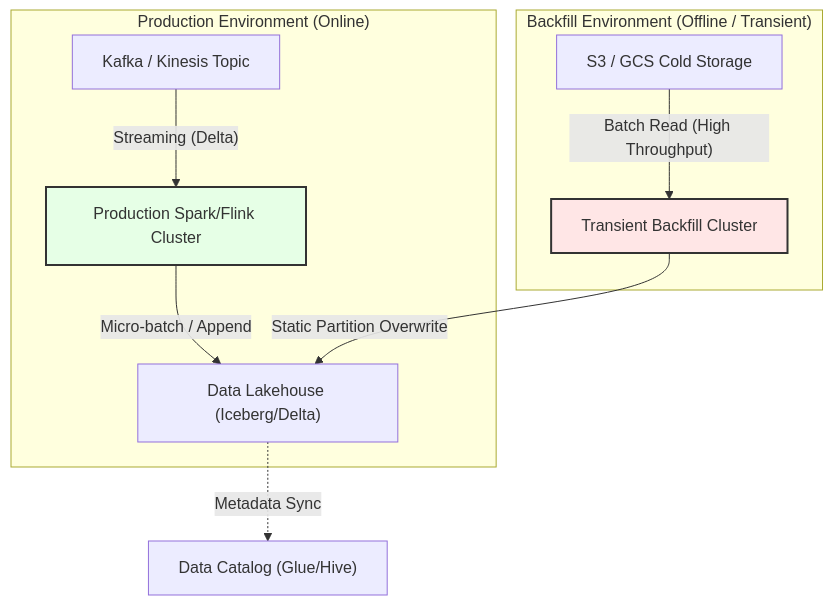
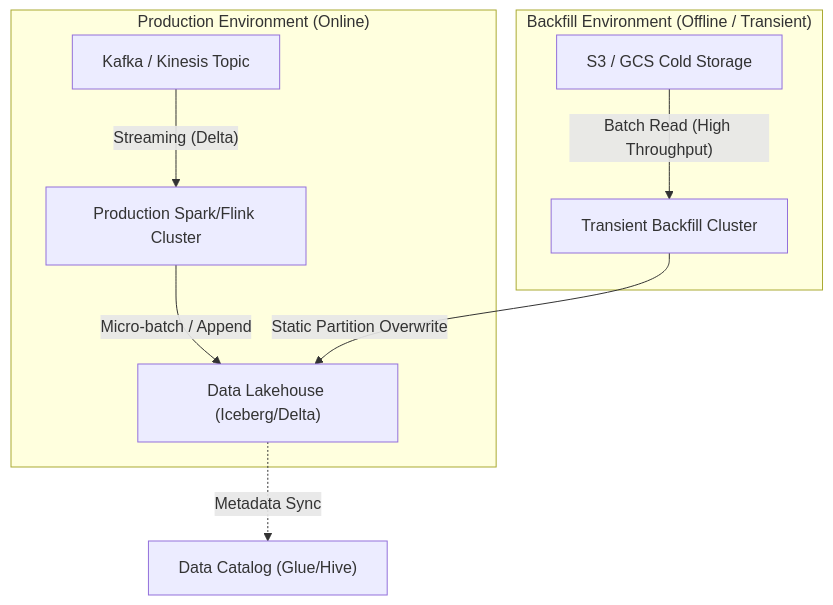
Before and after one commit to kythuatdulieu/kythuatdulieu.github.io: the diagram in src/content/docs/concepts/2-data-ingestion-integration/backfill.md, drawn with Mermaid. The commit also changed 682 other files, not shown here.

````diff
--- a/src/content/docs/concepts/2-data-ingestion-integration/backfill.md
+++ b/src/content/docs/concepts/2-data-ingestion-integration/backfill.md
@@ -38,17 +38,16 @@
 ```mermaid
 graph TD
     subgraph "Production Environment (Online)"
         K["Kafka / Kinesis Topic"] -->|"Streaming (Delta)"| F1["Production Spark/Flink Cluster"]
         F1 -->|Micro-batch / Append| DL["Data Lakehouse (Iceberg/Delta)"]
     end
 
     subgraph "Backfill Environment (Offline / Transient)"
         S3["S3 / GCS Cold Storage"] -->|"Batch Read (High Throughput)"| F2["Transient Backfill Cluster"]
         F2 -->|Static Partition Overwrite| DL
     end
 
-    style F1 fill:#e6ffe6,stroke:#333,stroke-width:2px
-    style F2 fill:#ffe6e6,stroke:#333,stroke-width:2px
+
     
     DL -.->|Metadata Sync| C["Data Catalog (Glue/Hive)"]
 ```
````
